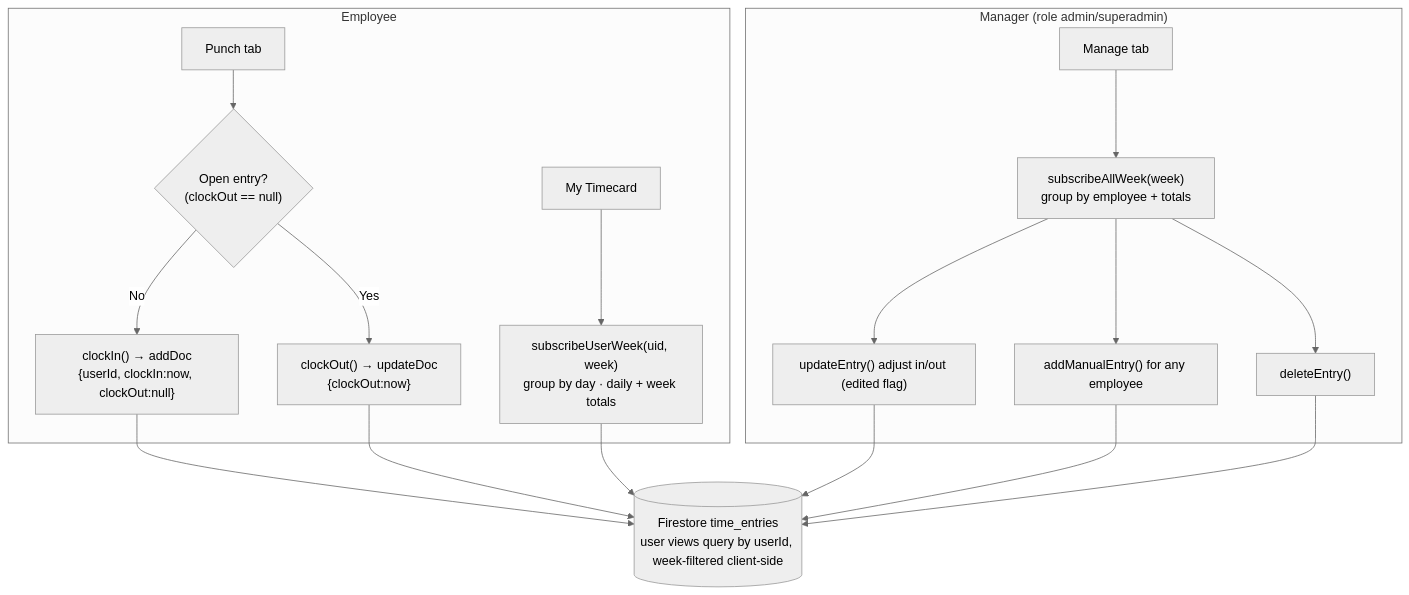
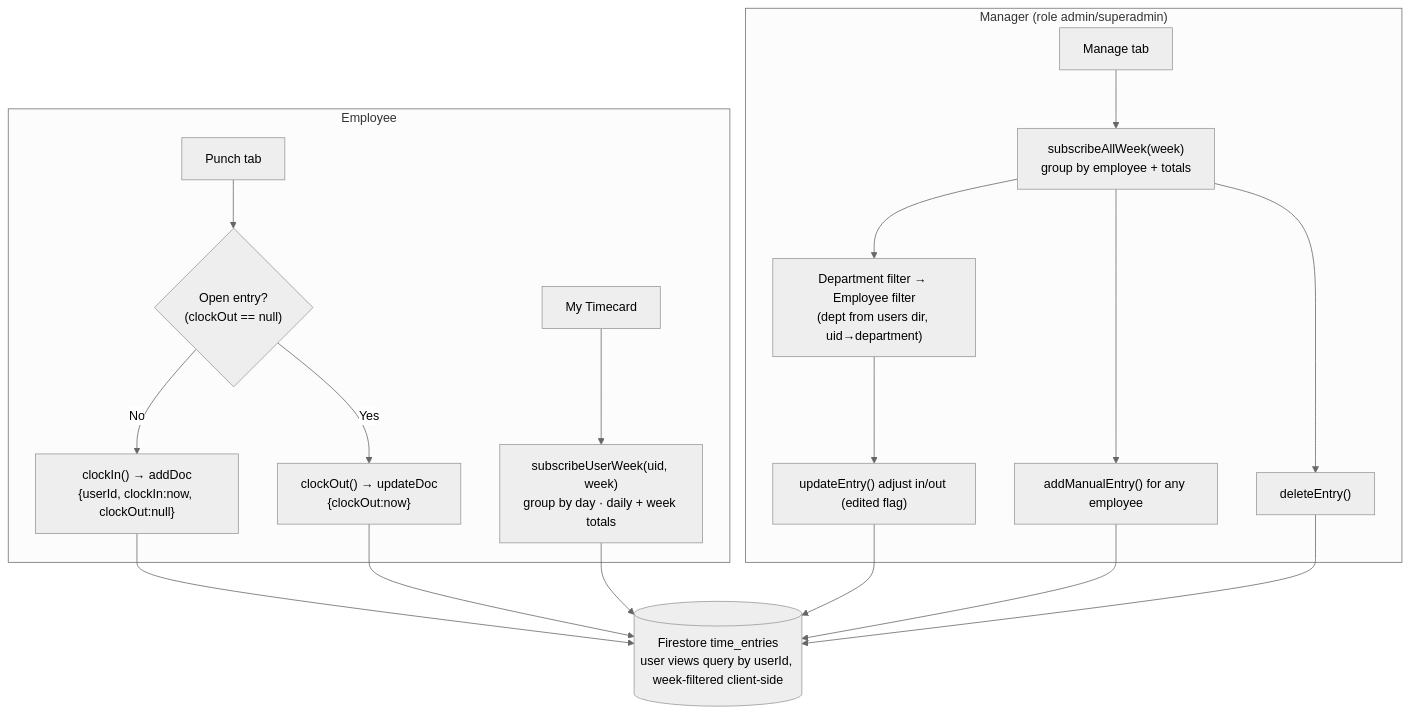
One commit to Havs5/Amble-AI changed diagram 12 of 13 in docs/ARCHITECTURE.md. Above: the diagram before and after it, drawn with Mermaid (neutral theme). The commit also changed other lines of this file and 3 other files, not shown here.

First line of the commit message:
feat(timeclock): department filter in Manage tab; docs: KB search analysis

````diff
--- a/docs/ARCHITECTURE.md
+++ b/docs/ARCHITECTURE.md
@@ -440,16 +471,17 @@
 ```mermaid
 flowchart TD
     subgraph Employee
         P["Punch tab"] --> Q{"Open entry?<br/>(clockOut == null)"}
         Q -->|No| CI["clockIn() → addDoc<br/>{userId, clockIn:now, clockOut:null}"]
         Q -->|Yes| CO["clockOut() → updateDoc<br/>{clockOut:now}"]
         TC2["My Timecard"] --> WK["subscribeUserWeek(uid, week)<br/>group by day · daily + week totals"]
     end
     subgraph Manager["Manager (role admin/superadmin)"]
         MG["Manage tab"] --> AW["subscribeAllWeek(week)<br/>group by employee + totals"]
-        AW --> ED["updateEntry() adjust in/out (edited flag)"]
+        AW --> DF["Department filter → Employee filter<br/>(dept from users dir, uid→department)"]
+        DF --> ED["updateEntry() adjust in/out (edited flag)"]
         AW --> AD["addManualEntry() for any employee"]
         AW --> DL["deleteEntry()"]
     end
     CI & CO & WK & ED & AD & DL --> FS[("Firestore time_entries<br/>user views query by userId, week-filtered client-side")]
 ```
````
